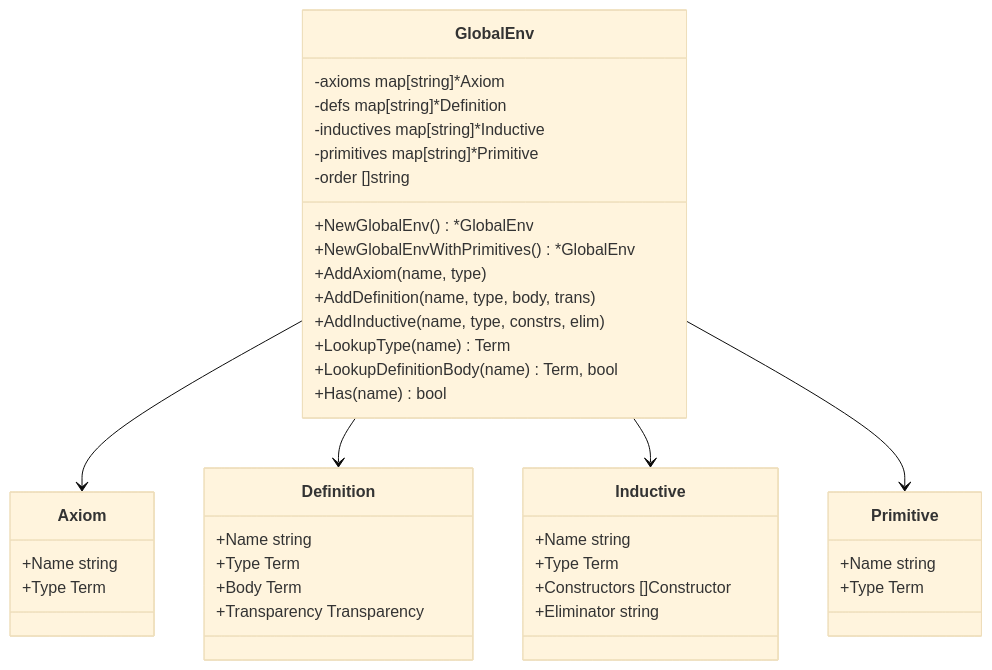
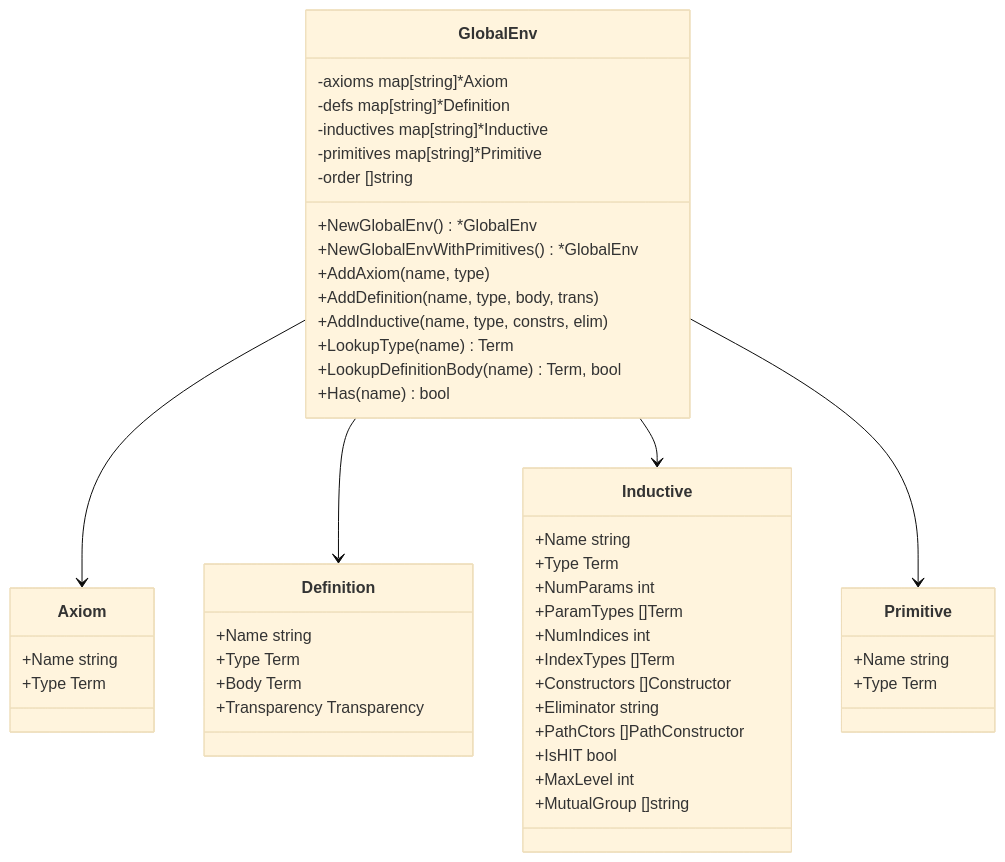
Diagram 24 of 33 in DIAGRAMS.md (watchthelight/HypergraphGo), drawn with Mermaid (base theme) before and after one commit. The commit also changed other lines of this file and 19 other files, not shown here.

````diff
--- a/DIAGRAMS.md
+++ b/DIAGRAMS.md
@@ -1539,47 +1611,55 @@
 ```mermaid
 classDiagram
     class GlobalEnv {
         -axioms map[string]*Axiom
         -defs map[string]*Definition
         -inductives map[string]*Inductive
         -primitives map[string]*Primitive
         -order []string
         +NewGlobalEnv() *GlobalEnv
         +NewGlobalEnvWithPrimitives() *GlobalEnv
         +AddAxiom(name, type)
         +AddDefinition(name, type, body, trans)
         +AddInductive(name, type, constrs, elim)
         +LookupType(name) Term
         +LookupDefinitionBody(name) Term, bool
         +Has(name) bool
     }
 
     class Axiom {
         +Name string
         +Type Term
     }
 
     class Definition {
         +Name string
         +Type Term
         +Body Term
         +Transparency Transparency
     }
 
     class Inductive {
         +Name string
         +Type Term
+        +NumParams int
+        +ParamTypes []Term
+        +NumIndices int
+        +IndexTypes []Term
         +Constructors []Constructor
         +Eliminator string
+        +PathCtors []PathConstructor
+        +IsHIT bool
+        +MaxLevel int
+        +MutualGroup []string
     }
 
     class Primitive {
         +Name string
         +Type Term
     }
 
     GlobalEnv --> Axiom
     GlobalEnv --> Definition
     GlobalEnv --> Inductive
     GlobalEnv --> Primitive
 ```
````
